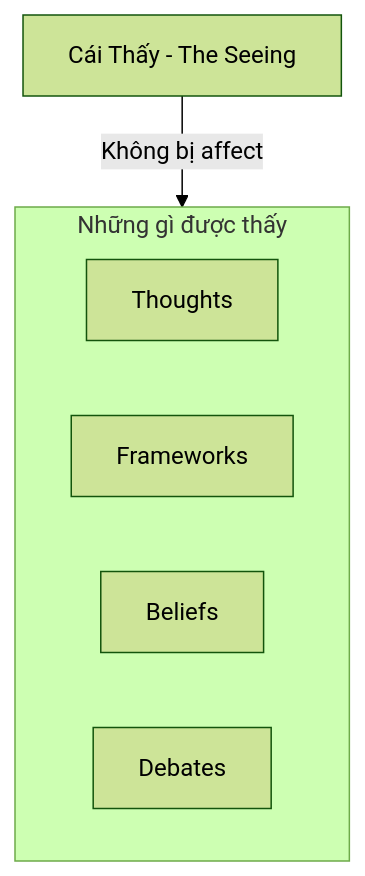
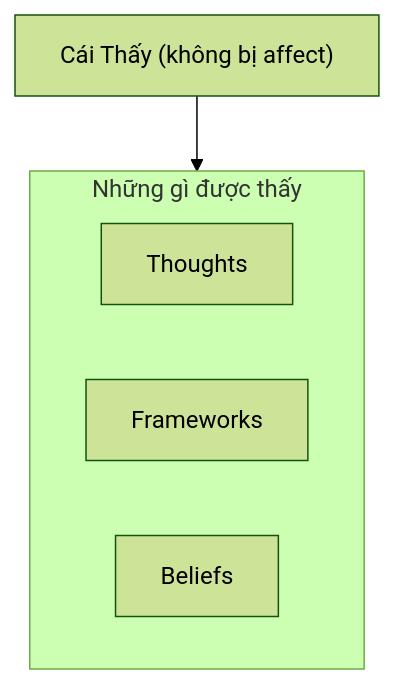
One commit to dyukahi/knowledge changed the third of 3 diagrams in esoterica/Nghịch Lý Của Hiểu Biết.md. Above: the diagram before and after it, drawn with Mermaid (forest theme). The commit also changed other lines of this file and 1 other file, not shown here.

````diff
--- a/esoterica/Nghịch Lý Của Hiểu Biết.md
+++ b/esoterica/Nghịch Lý Của Hiểu Biết.md
@@ -119,13 +88,12 @@
 ```mermaid
 flowchart TB
     subgraph Objects[Những gì được thấy]
         T[Thoughts]
-        F[Frameworks]
+        F[Frameworks]  
         B[Beliefs]
-        D[Debates]
     end
     
-    S[Cái Thấy - The Seeing]
+    S["Cái Thấy (không bị affect)"]
     
-    S -->|"Không bị affect"| Objects
+    S --> Objects
 ```
````
